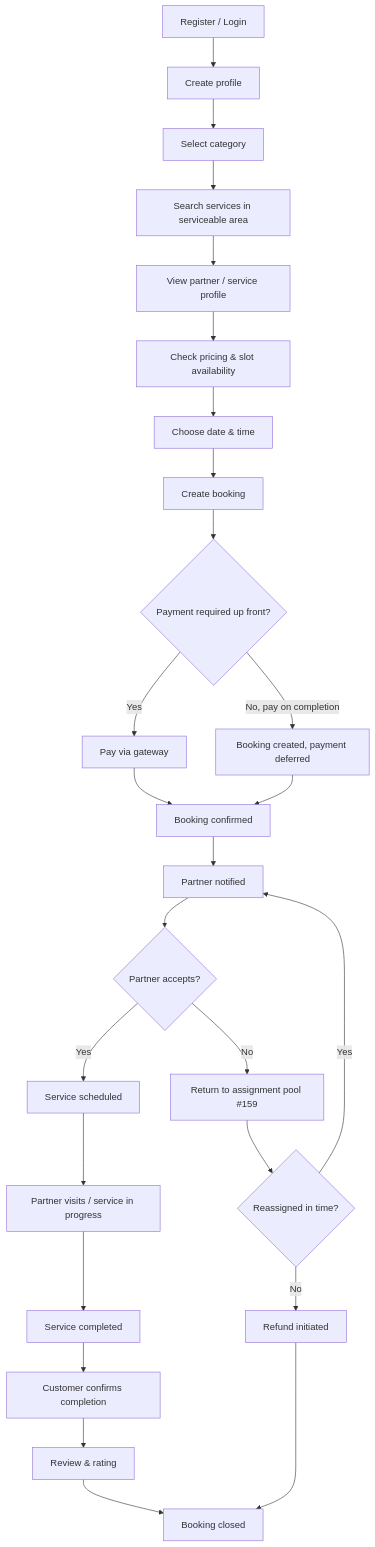
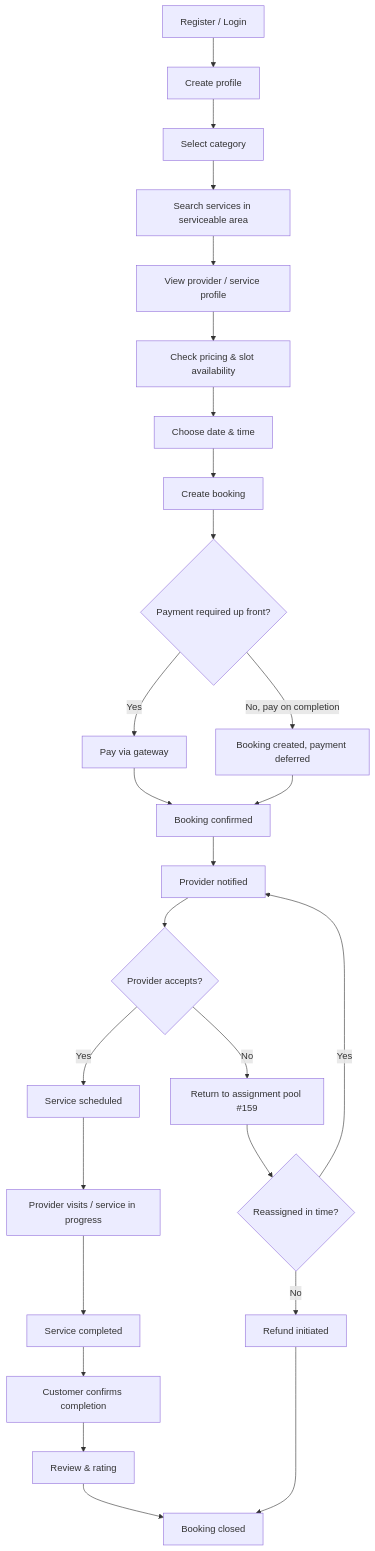
The second of 9 diagrams in docs/WORKFLOW.md (SantoshGitlab/nestly), drawn with Mermaid before and after one commit. The commit also changed other lines of this file and 488 other files, not shown here.

````diff
--- a/docs/WORKFLOW.md
+++ b/docs/WORKFLOW.md
@@ -55,28 +55,28 @@
 ```mermaid
 flowchart TD
     A[Register / Login] --> B[Create profile]
     B --> C[Select category]
     C --> D[Search services in serviceable area]
-    D --> E[View partner / service profile]
+    D --> E[View provider / service profile]
     E --> F[Check pricing & slot availability]
     F --> G[Choose date & time]
     G --> H[Create booking]
     H --> I{Payment required up front?}
     I -->|Yes| J[Pay via gateway]
     I -->|No, pay on completion| K[Booking created, payment deferred]
     J --> L[Booking confirmed]
     K --> L
-    L --> M[Partner notified]
-    M --> N{Partner accepts?}
+    L --> M[Provider notified]
+    M --> N{Provider accepts?}
     N -->|Yes| O[Service scheduled]
     N -->|No| P[Return to assignment pool #159]
     P --> Q{Reassigned in time?}
     Q -->|Yes| M
     Q -->|No| R[Refund initiated]
-    O --> S[Partner visits / service in progress]
+    O --> S[Provider visits / service in progress]
     S --> T[Service completed]
     T --> U[Customer confirms completion]
     U --> V[Review & rating]
     V --> W[Booking closed]
     R --> W
 ```
````
